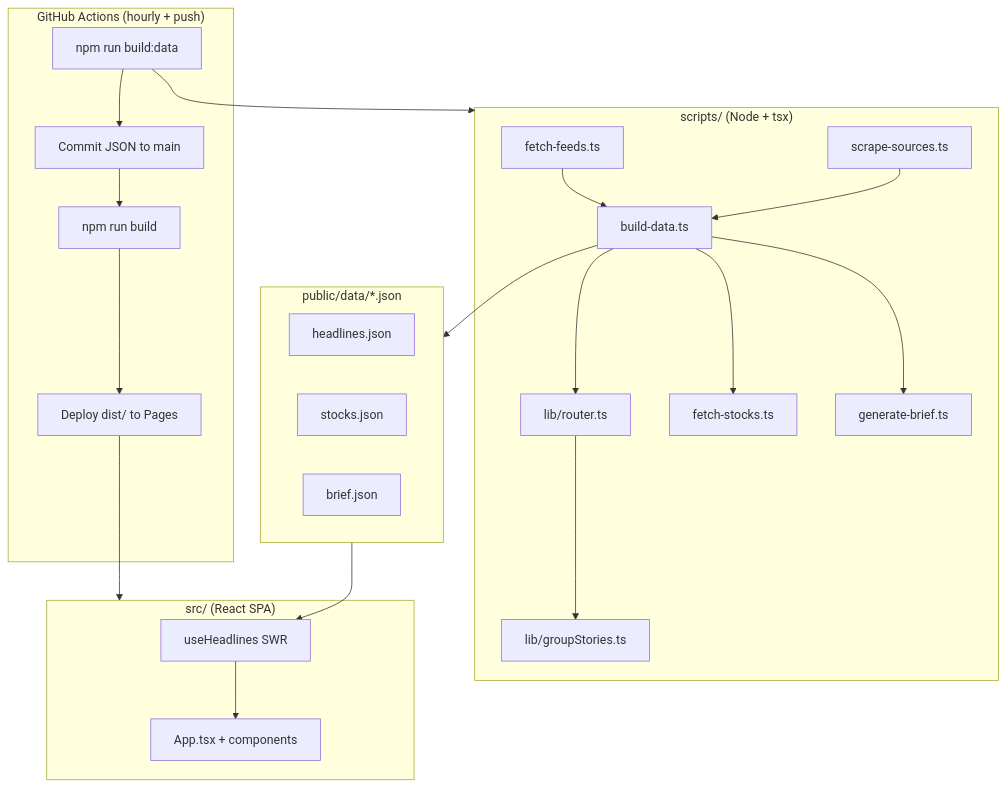
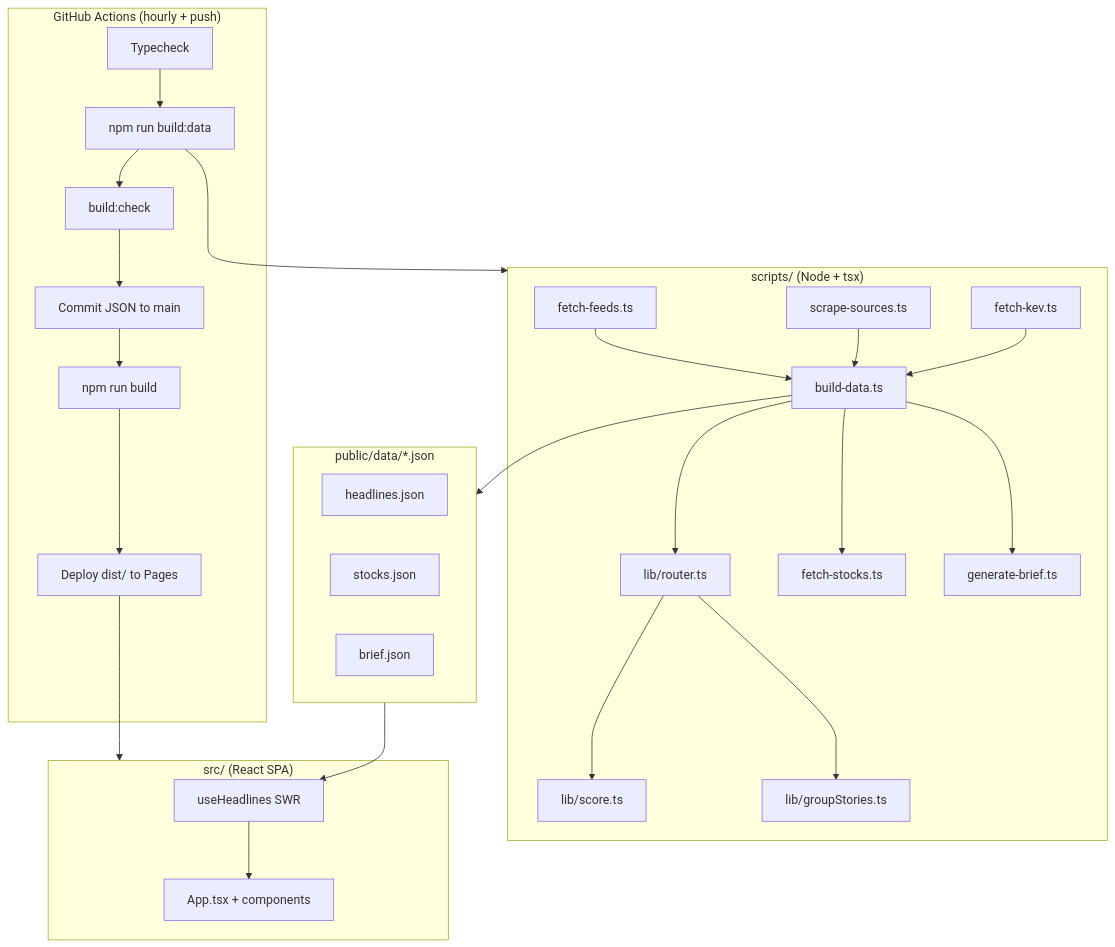
The diagram in docs/ARCHITECTURE.md (PNelsonFTP/cyber-drudge), drawn with Mermaid before and after one commit. The commit also changed other lines of this file and 33 other files, not shown here.

````diff
--- a/docs/ARCHITECTURE.md
+++ b/docs/ARCHITECTURE.md
@@ -24,45 +24,49 @@
 ```mermaid
 flowchart TB
   subgraph CI["GitHub Actions (hourly + push)"]
+    TC[Typecheck]
     A[npm run build:data]
+    CH[build:check]
     B[npm run build]
     C[Commit JSON to main]
     D[Deploy dist/ to Pages]
-    A --> C
-    C --> B
-    B --> D
+    TC --> A --> CH --> C --> B --> D
   end
 
   subgraph BuildScripts["scripts/ (Node + tsx)"]
     F[fetch-feeds.ts]
     S[scrape-sources.ts]
+    K[fetch-kev.ts]
     R[lib/router.ts]
+    SC[lib/score.ts]
     G[lib/groupStories.ts]
     ST[fetch-stocks.ts]
     BR[generate-brief.ts]
     BD[build-data.ts]
     F --> BD
     S --> BD
+    K --> BD
     BD --> R
+    R --> SC
     R --> G
     BD --> ST
     BD --> BR
   end
 
   subgraph Artifacts["public/data/*.json"]
     H[headlines.json]
     SK[stocks.json]
     BF[brief.json]
   end
 
   subgraph Client["src/ (React SPA)"]
     U[useHeadlines SWR]
     APP[App.tsx + components]
     U --> APP
   end
 
   A --> BuildScripts
   BD --> Artifacts
   D --> Client
   Artifacts --> U
 ```
````
